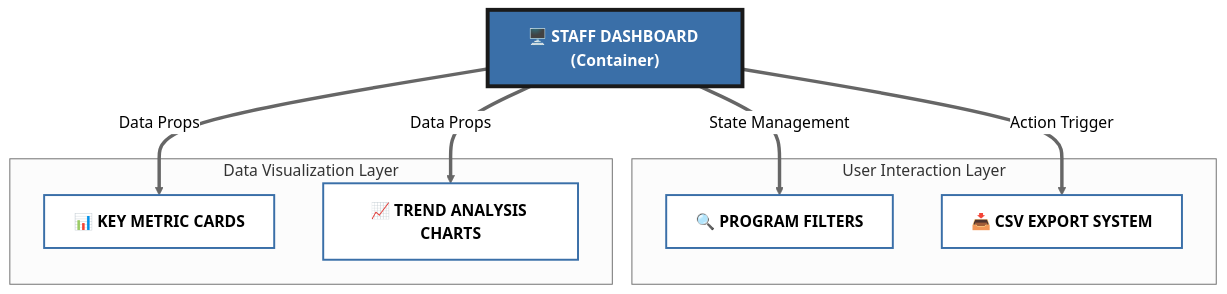
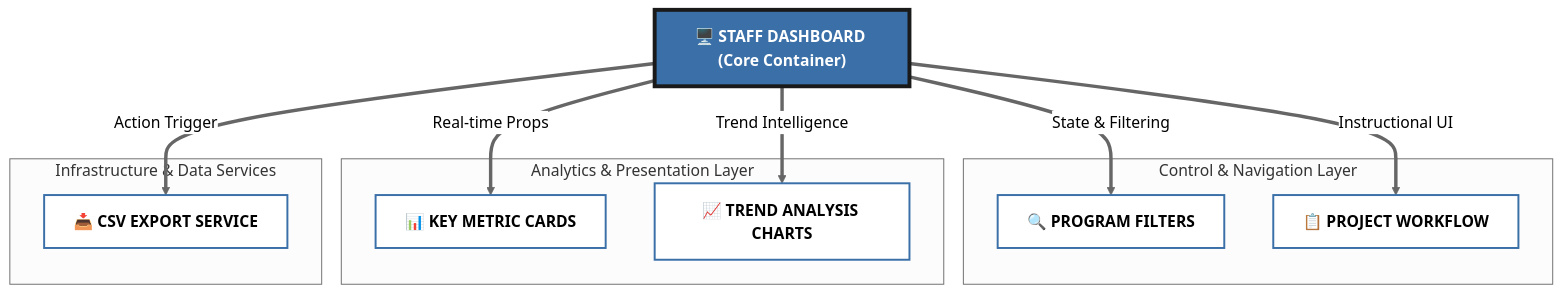
The diagram in README.md (sunkireddy-Barath/Programs-Events-Dashboard-System-Wide-Metrics-Data-Downloads), drawn with Mermaid (neutral theme) before and after one commit. The commit also changed other lines of this file, not shown here.

````diff
--- a/README.md
+++ b/README.md
@@ -11,30 +30,38 @@
 ```mermaid
 graph TD
     %% Main Entry
-    Dashboard["🖥️ STAFF DASHBOARD (Container)"]
+    Dashboard["🖥️ STAFF DASHBOARD (Core Container)"]
     
-    %% Style the nodes
     style Dashboard fill:#3a6fa8,stroke:#1a1a1a,stroke-width:4px,color:#fff,font-weight:bold
 
-    subgraph "User Interaction Layer"
+    %% User Interaction Subgraph
+    subgraph "Control & Navigation Layer"
         Filters["🔍 PROGRAM FILTERS"]
-        Export["📥 CSV EXPORT SYSTEM"]
+        Workflow["📋 PROJECT WORKFLOW"]
     end
 
-    subgraph "Data Visualization Layer"
+    %% Data Visualization Subgraph
+    subgraph "Analytics & Presentation Layer"
         Metrics["📊 KEY METRIC CARDS"]
         Charts["📈 TREND ANALYSIS CHARTS"]
     end
 
-    %% Connections
-    Dashboard ==>|State Management| Filters
-    Dashboard ==>|Data Props| Metrics
-    Dashboard ==>|Data Props| Charts
+    %% Background Logic Subgraph
+    subgraph "Infrastructure & Data Services"
+        Export["📥 CSV EXPORT SERVICE"]
+    end
+
+    %% Logic Connections
+    Dashboard ==>|State & Filtering| Filters
+    Dashboard ==>|Instructional UI| Workflow
+    Dashboard ==>|Real-time Props| Metrics
+    Dashboard ==>|Trend Intelligence| Charts
     Dashboard ==>|Action Trigger| Export
 
     %% Style Subgraphs
     style Filters fill:#fff,stroke:#3a6fa8,stroke-width:2px,font-weight:bold
-    style Export fill:#fff,stroke:#3a6fa8,stroke-width:2px,font-weight:bold
+    style Workflow fill:#fff,stroke:#3a6fa8,stroke-width:2px,font-weight:bold
     style Metrics fill:#fff,stroke:#3a6fa8,stroke-width:2px,font-weight:bold
     style Charts fill:#fff,stroke:#3a6fa8,stroke-width:2px,font-weight:bold
+    style Export fill:#fff,stroke:#3a6fa8,stroke-width:2px,font-weight:bold
 ```
````
